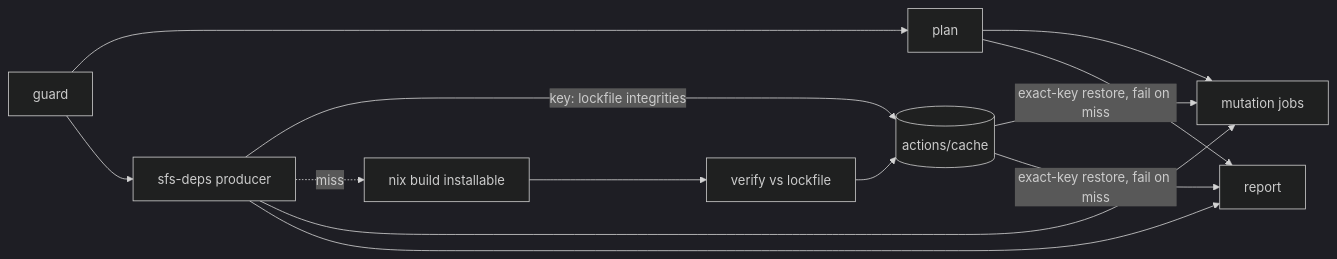
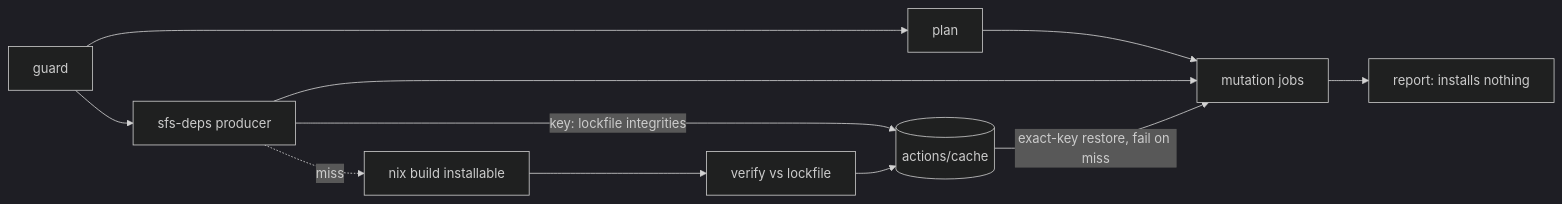
One commit to systemfsoftware/systemfsoftware changed the diagram in docs/plans/2026-10-10-1927-ci-sfs-deps-input-plan.md. Above: the diagram before and after it, drawn with Mermaid (dark theme). The commit also changed other lines of this file, not shown here.

Commit message:
docs(plans): record the plan-gate rulings for the sfs-deps input

````diff
--- a/docs/plans/2026-10-10-1927-ci-sfs-deps-input-plan.md
+++ b/docs/plans/2026-10-10-1927-ci-sfs-deps-input-plan.md
@@ -143,13 +148,11 @@
 ```mermaid
 flowchart LR
-  G[guard] --> P[plan]
-  G --> S[sfs-deps producer]
+  G[guard] --> S[sfs-deps producer]
+  G --> P[plan]
   S -->|key: lockfile integrities| C[(actions/cache)]
   S -. miss .-> N[nix build installable] --> V[verify vs lockfile] --> C
   P --> M[mutation jobs]
   S --> M
-  P --> R[report]
-  S --> R
   C -->|exact-key restore, fail on miss| M
-  C -->|exact-key restore, fail on miss| R
+  M --> R[report: installs nothing]
 ```
````
